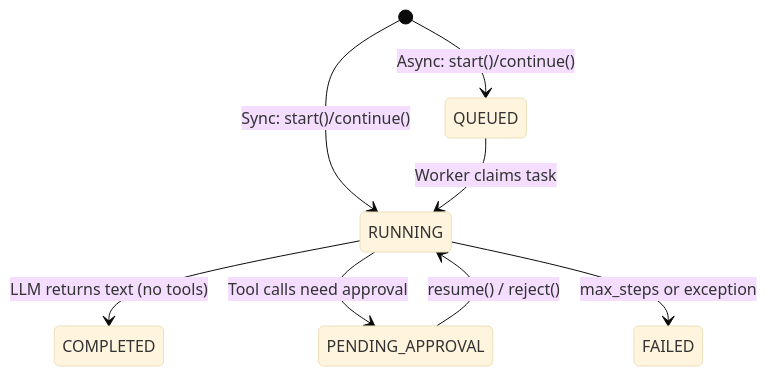
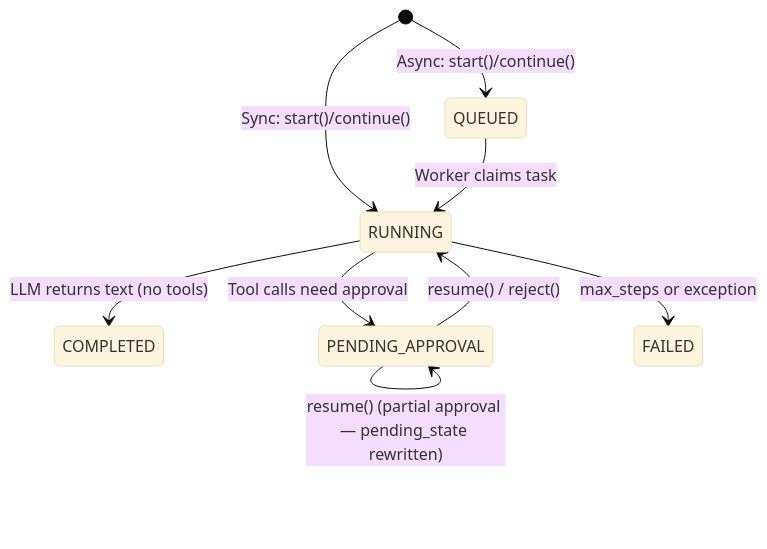
Before and after one commit to spora-ai/spora-docs: the diagram in docs/reference/concepts/agent-loop-async.md, drawn with Mermaid (base theme). The commit also changed other lines of this file and 3 other files, not shown here.

First line of the commit message:
docs(approval): partial approval + worker-mode pickup, gated submit UX

````diff
--- a/docs/reference/concepts/agent-loop-async.md
+++ b/docs/reference/concepts/agent-loop-async.md
@@ -50,15 +54,16 @@
 ```mermaid
 stateDiagram-v2
     [*] --> QUEUED : Async: start()/continue()
     [*] --> RUNNING : Sync: start()/continue()
 
     QUEUED --> RUNNING : Worker claims task
 
     RUNNING --> COMPLETED : LLM returns text (no tools)
 
     RUNNING --> PENDING_APPROVAL : Tool calls need approval
 
     PENDING_APPROVAL --> RUNNING : resume() / reject()
+    PENDING_APPROVAL --> PENDING_APPROVAL : resume() (partial approval — pending_state rewritten)
 
     RUNNING --> FAILED : max_steps or exception
 ```
````
